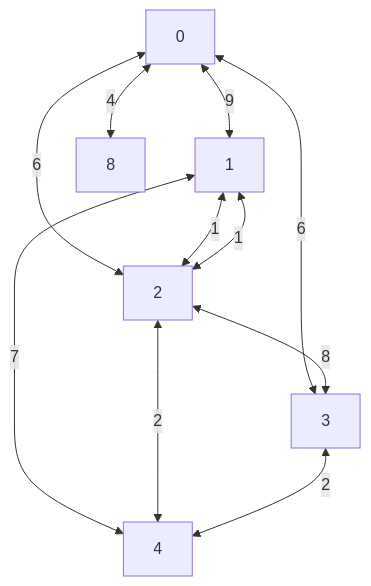
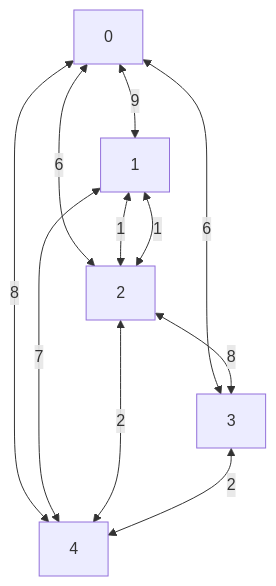
Before and after one commit to jungbail/Labs: the first of 4 diagrams in graph-converter/README.md, drawn with Mermaid. The commit also changed other lines of this file, not shown here.

Commit message:
flowchart for one direction

````diff
--- a/graph-converter/README.md
+++ b/graph-converter/README.md
@@ -33,17 +33,17 @@
 ```mermaid
 flowchart TD
    0 <-- 9 --> 1 
    0 <-- 6 --> 2
    0 <-- 6 --> 3
-   0 <-- 4 --> 8
+   0 <-- 8 --> 4
    1 <-- 1 --> 2
    1 <-- 7 --> 4
    2 <-- 1 --> 1
    2 <-- 8 --> 3
    2 <-- 2 --> 4
    3 <-- 2 --> 4
 
 
 
    
 ```
````
